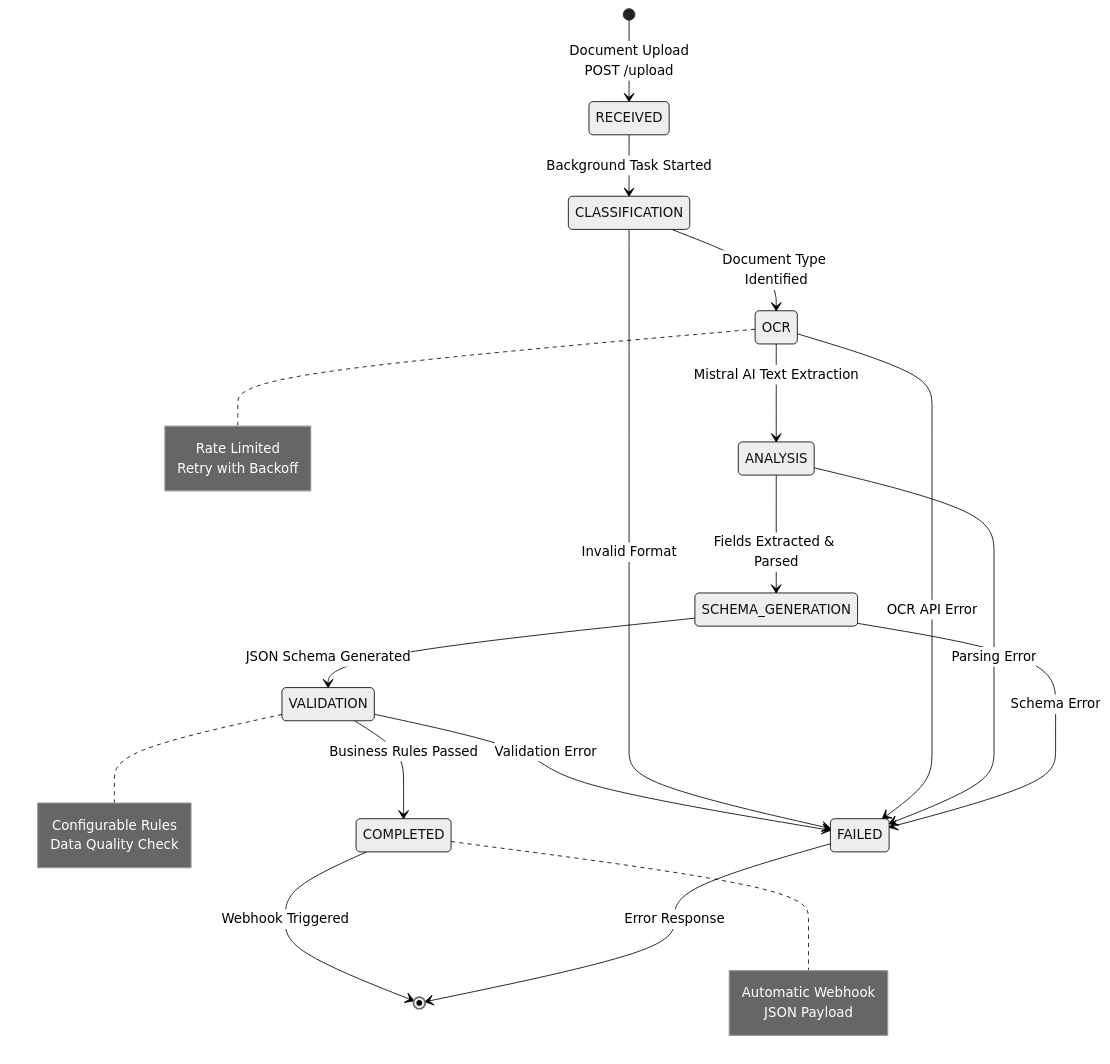
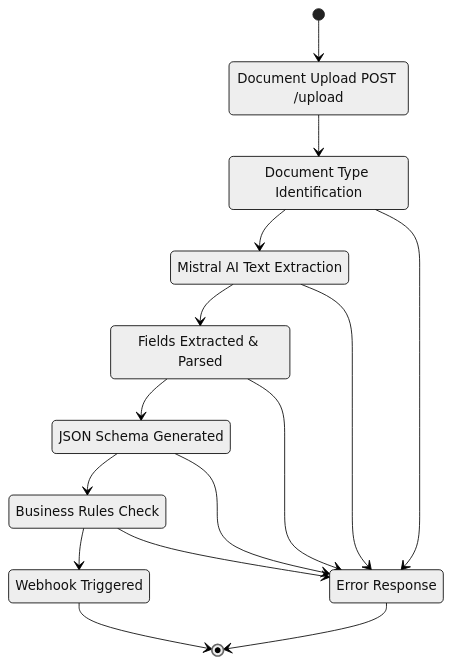
One commit to Tony363/document-ingestion-agent changed the second of 3 diagrams in README.md. Above: the diagram before and after it, drawn with Mermaid (neutral theme). The commit also changed other lines of this file and 6 other files, not shown here.

````diff
--- a/README.md
+++ b/README.md
@@ -110,22 +113,27 @@
 ```mermaid
 stateDiagram-v2
-    [*] --> RECEIVED: Document Upload<br/>POST /upload
-    RECEIVED --> CLASSIFICATION: Background Task Started
-    CLASSIFICATION --> OCR: Document Type Identified
-    OCR --> ANALYSIS: Mistral AI Text Extraction
-    ANALYSIS --> SCHEMA_GENERATION: Fields Extracted & Parsed
-    SCHEMA_GENERATION --> VALIDATION: JSON Schema Generated
-    VALIDATION --> COMPLETED: Business Rules Passed
-    VALIDATION --> FAILED: Validation Error
-    COMPLETED --> [*]: Webhook Triggered
-    FAILED --> [*]: Error Response
+    [*] --> RECEIVED
+    RECEIVED --> CLASSIFICATION
+    CLASSIFICATION --> OCR
+    OCR --> ANALYSIS
+    ANALYSIS --> SCHEMA_GENERATION
+    SCHEMA_GENERATION --> VALIDATION
+    VALIDATION --> COMPLETED
+    VALIDATION --> FAILED
+    COMPLETED --> [*]
+    FAILED --> [*]
     
-    CLASSIFICATION --> FAILED: Invalid Format
-    OCR --> FAILED: OCR API Error
-    ANALYSIS --> FAILED: Parsing Error
-    SCHEMA_GENERATION --> FAILED: Schema Error
+    CLASSIFICATION --> FAILED
+    OCR --> FAILED
+    ANALYSIS --> FAILED
+    SCHEMA_GENERATION --> FAILED
     
-    note right of OCR: Rate Limited<br/>Retry with Backoff
-    note right of VALIDATION: Configurable Rules<br/>Data Quality Check
-    note right of COMPLETED: Automatic Webhook<br/>JSON Payload
+    RECEIVED : Document Upload POST /upload
+    CLASSIFICATION : Document Type Identification
+    OCR : Mistral AI Text Extraction
+    ANALYSIS : Fields Extracted & Parsed
+    SCHEMA_GENERATION : JSON Schema Generated
+    VALIDATION : Business Rules Check
+    COMPLETED : Webhook Triggered
+    FAILED : Error Response
 ```
````
